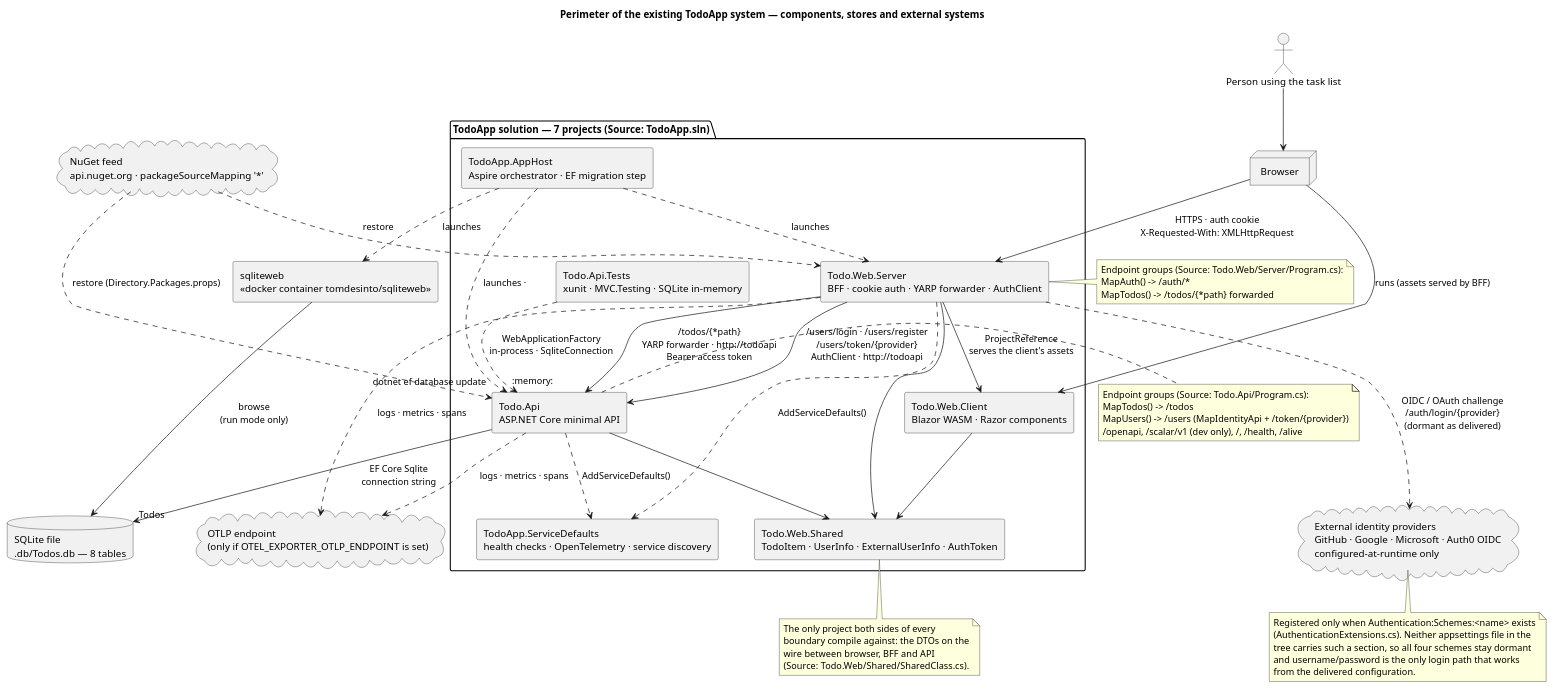
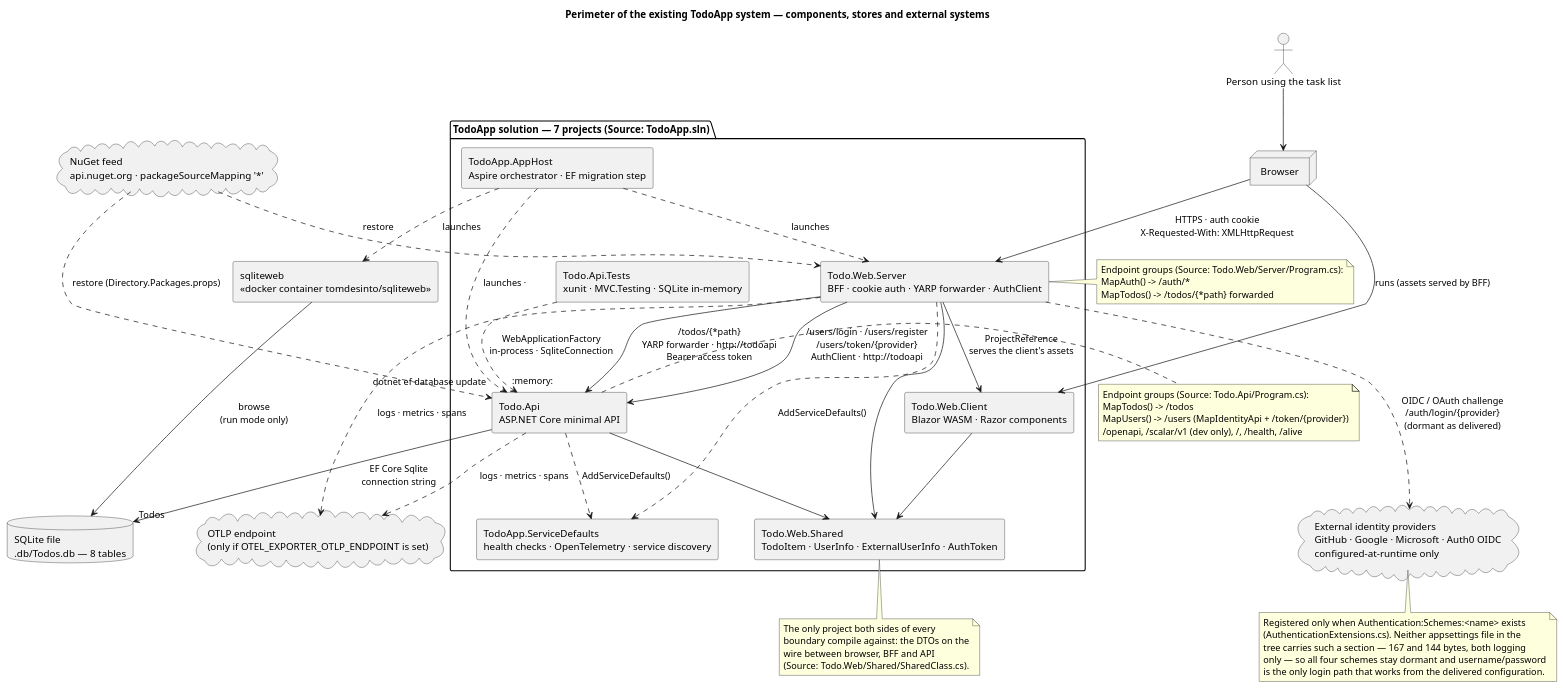
One commit to banense-test/TodoApp changed the first of 6 diagrams in docs/artifacts/discovery/system-inventory.md. Above: the diagram before and after it, drawn with PlantUML. The commit also changed other lines of this file, not shown here.

````diff
--- a/docs/artifacts/discovery/system-inventory.md
+++ b/docs/artifacts/discovery/system-inventory.md
@@ -10,74 +10,74 @@
 ```plantuml
 @startuml
 title Perimeter of the existing TodoApp system — components, stores and external systems
 skinparam componentStyle rectangle
 skinparam shadowing false
 
 actor "Person using the task list" as USER
 
 package "TodoApp solution — 7 projects (Source: TodoApp.sln)" {
   component "Todo.Web.Client\nBlazor WASM · Razor components" as WASM
   component "Todo.Web.Shared\nTodoItem · UserInfo · ExternalUserInfo · AuthToken" as SHARED
   component "Todo.Web.Server\nBFF · cookie auth · YARP forwarder · AuthClient" as BFF
   component "Todo.Api\nASP.NET Core minimal API" as API
   component "TodoApp.ServiceDefaults\nhealth checks · OpenTelemetry · service discovery" as SD
   component "TodoApp.AppHost\nAspire orchestrator · EF migration step" as APPHOST
   component "Todo.Api.Tests\nxunit · MVC.Testing · SQLite in-memory" as TESTS
 }
 
 node "Browser" as BROWSER
 database "SQLite file\n.db/Todos.db — 8 tables" as DB
 component "sqliteweb\n<<docker container tomdesinto/sqliteweb>>" as SQLWEB
 cloud "External identity providers\nGitHub · Google · Microsoft · Auth0 OIDC\nconfigured-at-runtime only" as EXT
 cloud "OTLP endpoint\n(only if OTEL_EXPORTER_OTLP_ENDPOINT is set)" as OTLP
 cloud "NuGet feed\napi.nuget.org · packageSourceMapping '*'" as NUGET
 
 USER --> BROWSER
 BROWSER --> WASM : runs (assets served by BFF)
 BROWSER --> BFF : HTTPS · auth cookie\nX-Requested-With: XMLHttpRequest
 BFF --> API : /todos/{*path}\nYARP forwarder · http://todoapi\nBearer access token
 BFF --> API : /users/login · /users/register\n/users/token/{provider}\nAuthClient · http://todoapi
 BFF -.-> EXT : OIDC / OAuth challenge\n/auth/login/{provider}\n(dormant as delivered)
 API --> DB : EF Core Sqlite\nconnection string "Todos"
 SQLWEB --> DB : browse\n(run mode only)
 APPHOST ..> API : launches · "dotnet ef database update"
 APPHOST ..> BFF : launches
 APPHOST ..> SQLWEB : launches
 API ..> SD : AddServiceDefaults()
 BFF ..> SD : AddServiceDefaults()
 TESTS ..> API : WebApplicationFactory\nin-process · SqliteConnection ":memory:"
 API ..> OTLP : logs · metrics · spans
 BFF ..> OTLP : logs · metrics · spans
 NUGET ..> API : restore (Directory.Packages.props)
 NUGET ..> BFF : restore
 BFF --> WASM : ProjectReference\nserves the client's assets
 BFF --> SHARED
 WASM --> SHARED
 API --> SHARED
 
 note right of API
   Endpoint groups (Source: Todo.Api/Program.cs):
   MapTodos() -> /todos
   MapUsers() -> /users (MapIdentityApi + /token/{provider})
   /openapi, /scalar/v1 (dev only), /, /health, /alive
 end note
 note right of BFF
   Endpoint groups (Source: Todo.Web/Server/Program.cs):
   MapAuth() -> /auth/*
   MapTodos() -> /todos/{*path} forwarded
 end note
 note bottom of SHARED
   The only project both sides of every
   boundary compile against: the DTOs on the
   wire between browser, BFF and API
   (Source: Todo.Web/Shared/SharedClass.cs).
 end note
 note bottom of EXT
   Registered only when Authentication:Schemes:<name> exists
   (AuthenticationExtensions.cs). Neither appsettings file in the
-  tree carries such a section, so all four schemes stay dormant
-  and username/password is the only login path that works
-  from the delivered configuration.
+  tree carries such a section — 167 and 144 bytes, both logging
+  only — so all four schemes stay dormant and username/password
+  is the only login path that works from the delivered configuration.
 end note
 @enduml
 ```
````
